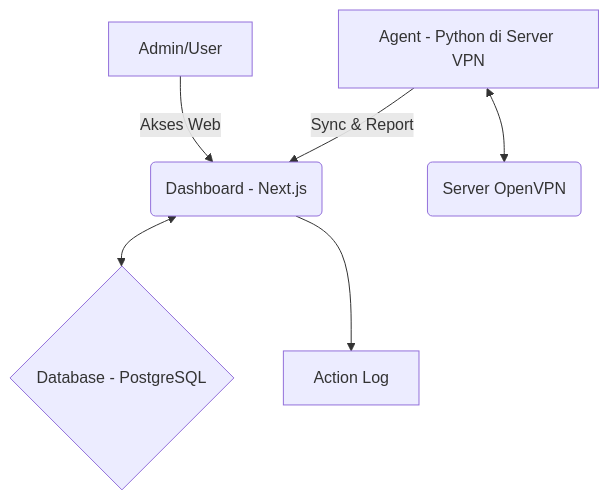
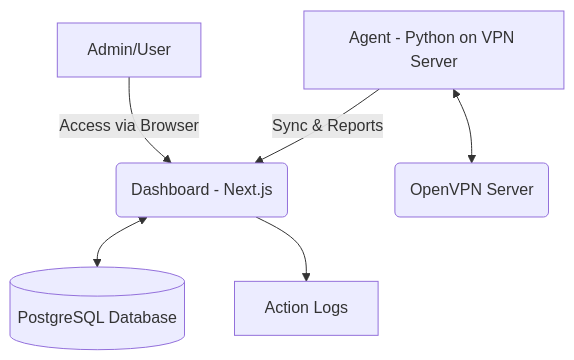
Before and after one commit to SoramiKS/openvpn-dashboard: the diagram in README.md, drawn with Mermaid. The commit also changed other lines of this file, not shown here.

````diff
--- a/README.md
+++ b/README.md
@@ -60,8 +56,8 @@
 ```mermaid
 graph TD
-    A[Admin/User] -->|Akses Web| B(Dashboard - Next.js)
-    B <--> C{Database - PostgreSQL}
-    B --> D[Action Log]
-    E[Agent - Python di Server VPN] -->|Sync & Report| B
-    E <--> F(Server OpenVPN)
+    A[Admin/User] -->|Access via Browser| B(Dashboard - Next.js)
+    B <--> C[(PostgreSQL Database)]
+    B --> D[Action Logs]
+    E[Agent - Python on VPN Server] -->|Sync & Reports| B
+    E <--> F(OpenVPN Server)
 ```
````
